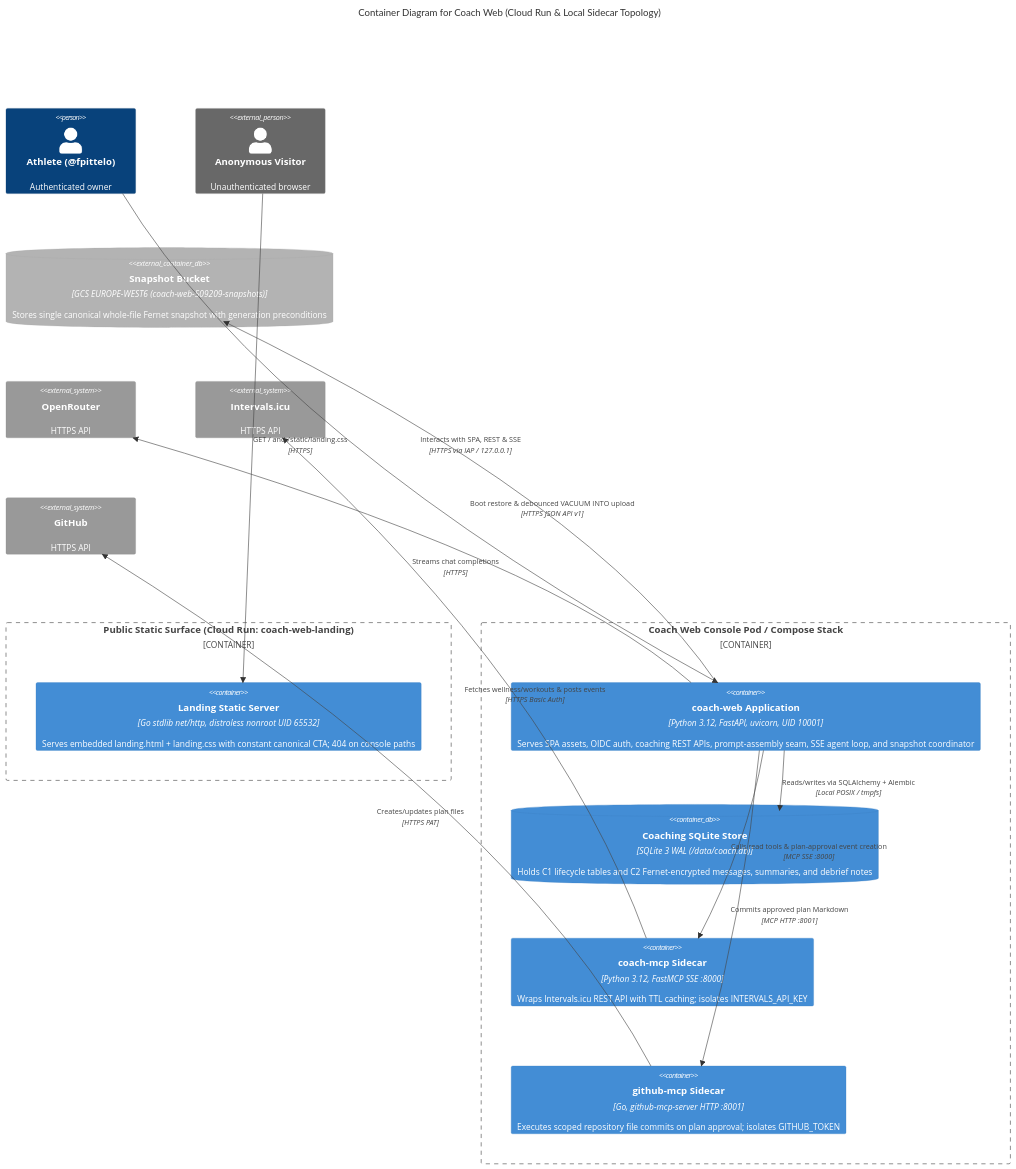
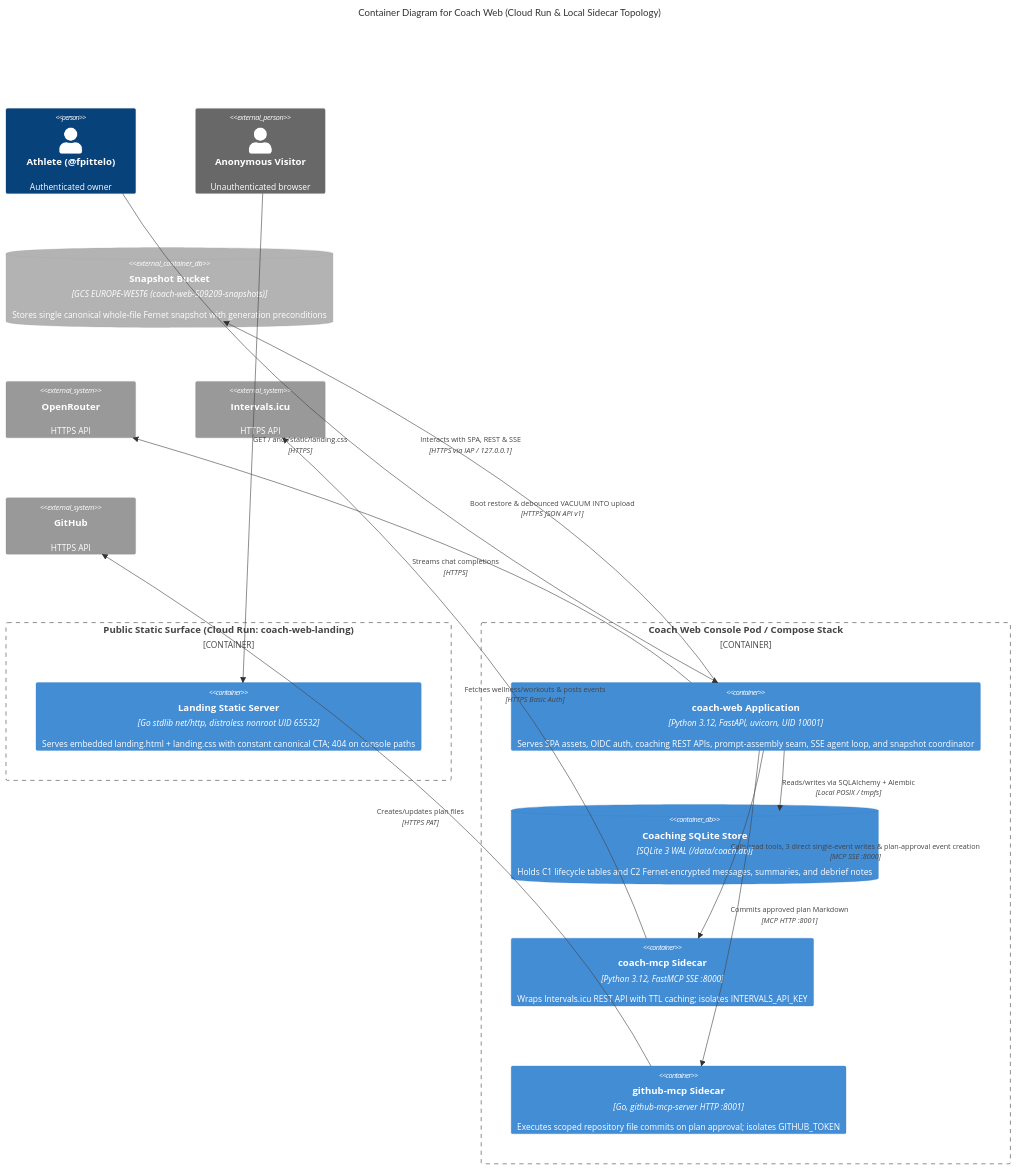
Before and after one commit to fpittelo/coach-web: the second of 2 diagrams in docs/architecture/arc42/01-context-and-building-blocks.md, drawn with Mermaid. The commit also changed other lines of this file and 17 other files, not shown here.

First line of the commit message:
feat(agent): direct conversational calendar writes with explicit-watt ERG DSL (#466) (#470)

````diff
--- a/docs/architecture/arc42/01-context-and-building-blocks.md
+++ b/docs/architecture/arc42/01-context-and-building-blocks.md
@@ -120,33 +120,33 @@
 ```mermaid
 C4Container
     title Container Diagram for Coach Web (Cloud Run & Local Sidecar Topology)
 
     Person(athlete, "Athlete (@fpittelo)", "Authenticated owner")
     Person_Ext(visitor, "Anonymous Visitor", "Unauthenticated browser")
 
     Container_Boundary(public_svc, "Public Static Surface (Cloud Run: coach-web-landing)") {
         Container(landing_bin, "Landing Static Server", "Go stdlib net/http, distroless nonroot UID 65532", "Serves embedded landing.html + landing.css with constant canonical CTA; 404 on console paths")
     }
 
     Container_Boundary(pod, "Coach Web Console Pod / Compose Stack") {
         Container(web_app, "coach-web Application", "Python 3.12, FastAPI, uvicorn, UID 10001", "Serves SPA assets, OIDC auth, coaching REST APIs, prompt-assembly seam, SSE agent loop, and snapshot coordinator")
         ContainerDb(sqlite_db, "Coaching SQLite Store", "SQLite 3 WAL (/data/coach.db)", "Holds C1 lifecycle tables and C2 Fernet-encrypted messages, summaries, and debrief notes")
         Container(coach_mcp, "coach-mcp Sidecar", "Python 3.12, FastMCP SSE :8000", "Wraps Intervals.icu REST API with TTL caching; isolates INTERVALS_API_KEY")
         Container(github_mcp, "github-mcp Sidecar", "Go, github-mcp-server HTTP :8001", "Executes scoped repository file commits on plan approval; isolates GITHUB_TOKEN")
     }
 
     ContainerDb_Ext(gcs_bucket, "Snapshot Bucket", "GCS EUROPE-WEST6 (coach-web-509209-snapshots)", "Stores single canonical whole-file Fernet snapshot with generation preconditions")
     System_Ext(openrouter, "OpenRouter", "HTTPS API")
     System_Ext(intervals, "Intervals.icu", "HTTPS API")
     System_Ext(github, "GitHub", "HTTPS API")
 
     Rel(visitor, landing_bin, "GET / and /static/landing.css", "HTTPS")
     Rel(athlete, web_app, "Interacts with SPA, REST & SSE", "HTTPS via IAP / 127.0.0.1")
     Rel(web_app, sqlite_db, "Reads/writes via SQLAlchemy + Alembic", "Local POSIX / tmpfs")
     Rel(web_app, gcs_bucket, "Boot restore & debounced VACUUM INTO upload", "HTTPS JSON API v1")
-    Rel(web_app, coach_mcp, "Calls read tools & plan-approval event creation", "MCP SSE :8000")
+    Rel(web_app, coach_mcp, "Calls read tools, 3 direct single-event writes & plan-approval event creation", "MCP SSE :8000")
     Rel(web_app, github_mcp, "Commits approved plan Markdown", "MCP HTTP :8001")
     Rel(web_app, openrouter, "Streams chat completions", "HTTPS")
     Rel(coach_mcp, intervals, "Fetches wellness/workouts & posts events", "HTTPS Basic Auth")
     Rel(github_mcp, github, "Creates/updates plan files", "HTTPS PAT")
 ```
````
